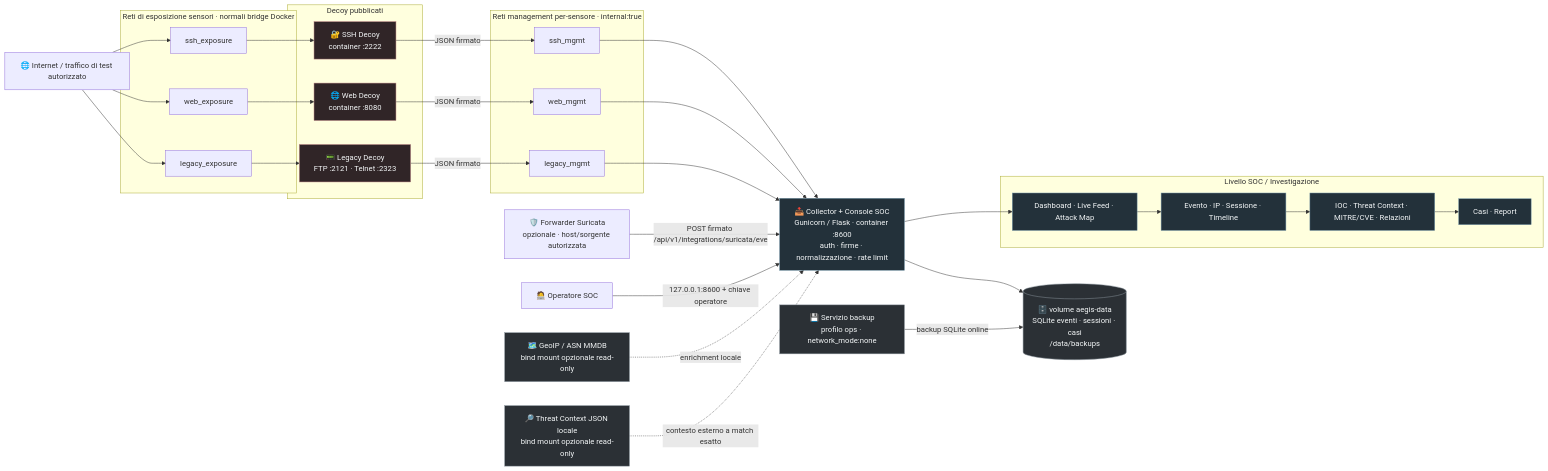
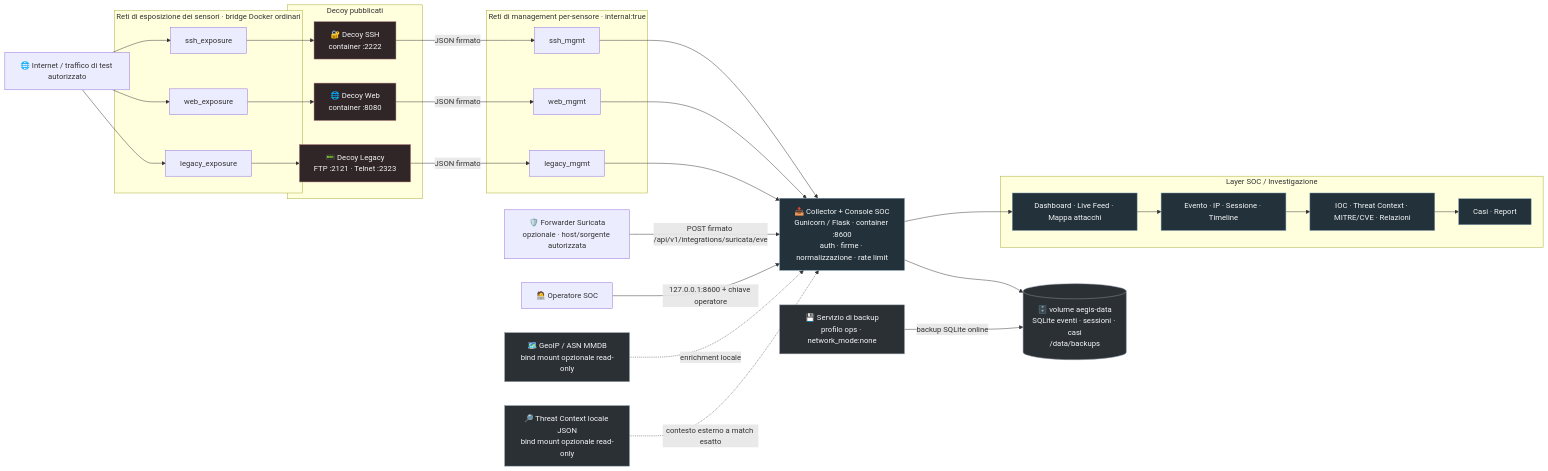
Before and after one commit to chiaraberti13/AEGIS-NEXUS: the diagram in README.it.md, drawn with Mermaid. The commit also changed other lines of this file and 3 other files, not shown here.

First line of the commit message:
docs: beginner-friendly README (EN+IT) and remove the roadmap

````diff
--- a/README.it.md
+++ b/README.it.md
@@ -55,62 +129,62 @@
 ```mermaid
 flowchart LR
     traffic["🌐 Internet / traffico di test autorizzato"]
     operator["🧑‍💻 Operatore SOC"]
     suricata["🛡️ Forwarder Suricata<br/>opzionale · host/sorgente autorizzata"]
 
-    subgraph exposure["Reti di esposizione sensori · normali bridge Docker"]
+    subgraph exposure["Reti di esposizione dei sensori · bridge Docker ordinari"]
         sx["ssh_exposure"]
         wx["web_exposure"]
         lx["legacy_exposure"]
     end
 
     subgraph traps["Decoy pubblicati"]
-        ssh["🔐 SSH Decoy<br/>container :2222"]
-        web["🌐 Web Decoy<br/>container :8080"]
-        legacy["📟 Legacy Decoy<br/>FTP :2121 · Telnet :2323"]
+        ssh["🔐 Decoy SSH<br/>container :2222"]
+        web["🌐 Decoy Web<br/>container :8080"]
+        legacy["📟 Decoy Legacy<br/>FTP :2121 · Telnet :2323"]
     end
 
-    subgraph mgmt["Reti management per-sensore · internal:true"]
+    subgraph mgmt["Reti di management per-sensore · internal:true"]
         sm["ssh_mgmt"]
         wm["web_mgmt"]
         lm["legacy_mgmt"]
     end
 
     collector["📥 Collector + Console SOC<br/>Gunicorn / Flask · container :8600<br/>auth · firme · normalizzazione · rate limit"]
     data[("🗄️ volume aegis-data<br/>SQLite eventi · sessioni · casi<br/>/data/backups")]
     geo["🗺️ GeoIP / ASN MMDB<br/>bind mount opzionale read-only"]
-    threat["🔎 Threat Context JSON locale<br/>bind mount opzionale read-only"]
-    backup["💾 Servizio backup<br/>profilo ops · network_mode:none"]
+    threat["🔎 Threat Context locale JSON<br/>bind mount opzionale read-only"]
+    backup["💾 Servizio di backup<br/>profilo ops · network_mode:none"]
 
-    subgraph soc["Livello SOC / Investigazione"]
-        dashboard["Dashboard · Live Feed · Attack Map"]
+    subgraph soc["Layer SOC / Investigazione"]
+        dashboard["Dashboard · Live Feed · Mappa attacchi"]
         investigation["Evento · IP · Sessione · Timeline"]
         analysis["IOC · Threat Context · MITRE/CVE · Relazioni"]
         cases["Casi · Report"]
     end
 
     traffic --> sx --> ssh
     traffic --> wx --> web
     traffic --> lx --> legacy
 
     ssh -->|"JSON firmato"| sm --> collector
     web -->|"JSON firmato"| wm --> collector
     legacy -->|"JSON firmato"| lm --> collector
 
     suricata -->|"POST firmato /api/v1/integrations/suricata/eve"| collector
     operator -->|"127.0.0.1:8600 + chiave operatore"| collector
 
     geo -. "enrichment locale" .-> collector
     threat -. "contesto esterno a match esatto" .-> collector
 
     collector --> data
     backup -->|"backup SQLite online"| data
     collector --> dashboard --> investigation --> analysis --> cases
 
     classDef trap fill:#302527,stroke:#b98282,color:#f4f7f8;
     classDef core fill:#23313a,stroke:#7193a7,color:#f4f7f8;
     classDef storage fill:#2b3035,stroke:#8b959e,color:#f4f7f8;
     class ssh,web,legacy trap;
     class collector,dashboard,investigation,analysis,cases core;
     class data,geo,threat,backup storage;
 ```
````
